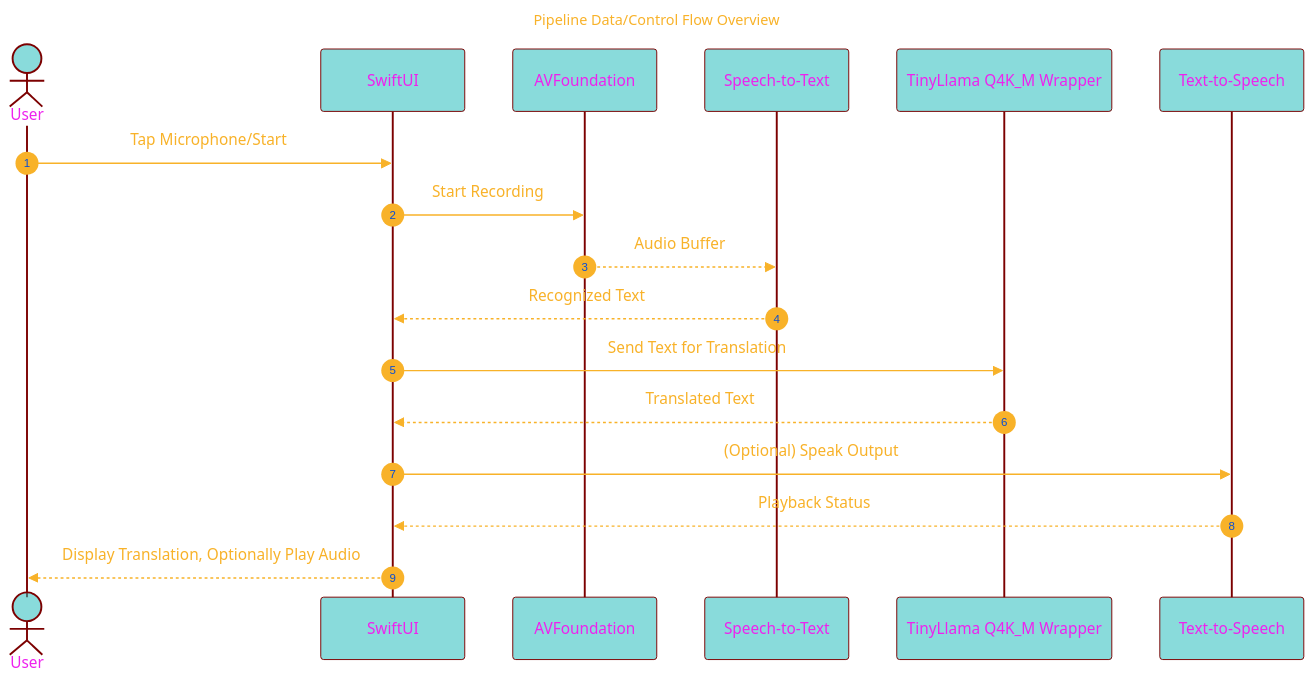
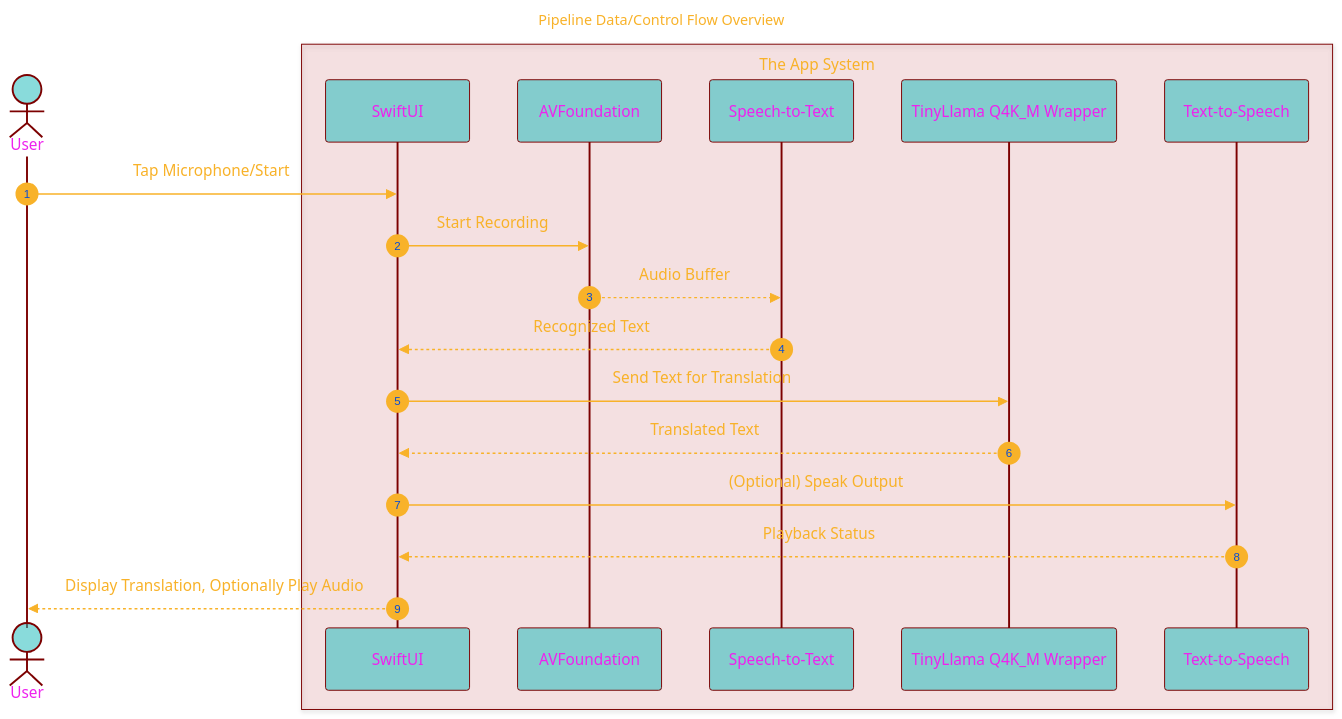
Before and after one commit to CongLeSolutionX/On_device_real_time_AI_assistant: the seventh of 11 diagrams in DOCUMENTATION/Visual_Representation_of_Project_Concepts_Draft_2.md, drawn with Mermaid.

````diff
--- a/DOCUMENTATION/Visual_Representation_of_Project_Concepts_Draft_2.md
+++ b/DOCUMENTATION/Visual_Representation_of_Project_Concepts_Draft_2.md
@@ -338,49 +338,52 @@
 ```mermaid
 ---
 title: "Pipeline Data/Control Flow Overview"
 author: "Cong Le"
 version: "0.1"
 license(s): "MIT, CC BY 4.0"
 copyright: "Copyright (c) 2025 Cong Le. All Rights Reserved."
 config:
   layout: elk
   theme: base
 ---
 %%%%%%%% Mermaid version v11.4.1-b.14
 %%{
   init: {
     'sequence': { 'mirrorActors': true, 'showSequenceNumbers': true, 'actorMargin': 50 },
     'fontFamily': 'Monaco',
     'themeVariables': {
       'primaryColor': '#2BB8',
       'primaryBorderColor': '#7C0000',
       'lineColor': '#F8B229',
       'secondaryColor': '#6122',
       'tertiaryColor': '#fff',
       'fontSize': '15px',
       'textColor': '#F8B229',
       'actorTextColor': '#E2E',
       'stroke':'#033',
       'stroke-width': '0.2px'
     }
   }
 }%%
 sequenceDiagram
     actor User as User
-    participant UI as SwiftUI
-    participant Audio as AVFoundation
-    participant STT as Speech-to-Text
-    participant NMT as TinyLlama Q4K_M Wrapper
-    participant TTS as Text-to-Speech
+
+	box rgb(202, 12, 22, 0.1) The App System
+    	participant UI as SwiftUI
+    	participant Audio as AVFoundation
+    	participant STT as Speech-to-Text
+    	participant NMT as TinyLlama Q4K_M Wrapper
+    	participant TTS as Text-to-Speech
+	end
 
     User->>UI: Tap Microphone/Start
     UI->>Audio: Start Recording
     Audio-->>STT: Audio Buffer
     STT-->>UI: Recognized Text
     UI->>NMT: Send Text for Translation
     NMT-->>UI: Translated Text
     UI->>TTS: (Optional) Speak Output
     TTS-->>UI: Playback Status
     UI-->>User: Display Translation, Optionally Play Audio
     
 ```
````
